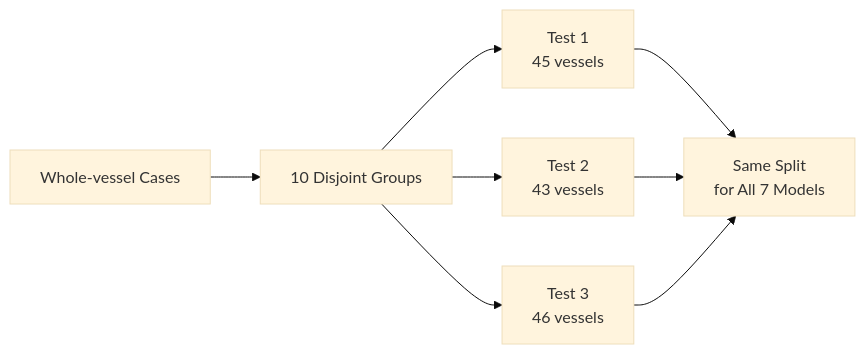
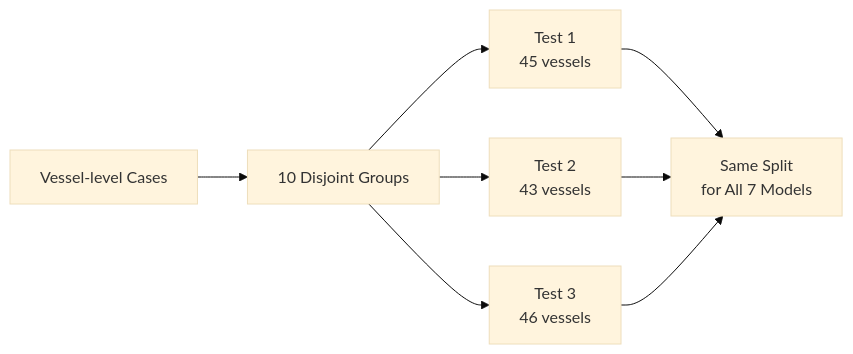
One commit to ChengYuChing/3D-DLimage-segmentation changed the first of 2 diagrams in docs/05_experiments_results.md. Above: the diagram before and after it, drawn with Mermaid (base theme). The commit also changed other lines of this file, not shown here.

Commit message:
Use vessel-level terminology in P5 deep dive

````diff
--- a/docs/05_experiments_results.md
+++ b/docs/05_experiments_results.md
@@ -49,17 +49,17 @@
 ```mermaid
 flowchart LR
-    A["Whole-vessel Cases"]
+    A["Vessel-level Cases"]
     B["10 Disjoint Groups"]
     C1["Test 1<br/>45 vessels"]
     C2["Test 2<br/>43 vessels"]
     C3["Test 3<br/>46 vessels"]
     D["Same Split<br/>for All 7 Models"]
 
     A --> B
     B --> C1
     B --> C2
     B --> C3
     C1 --> D
     C2 --> D
     C3 --> D
 ```
````
